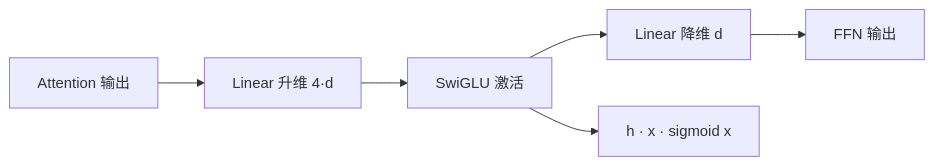
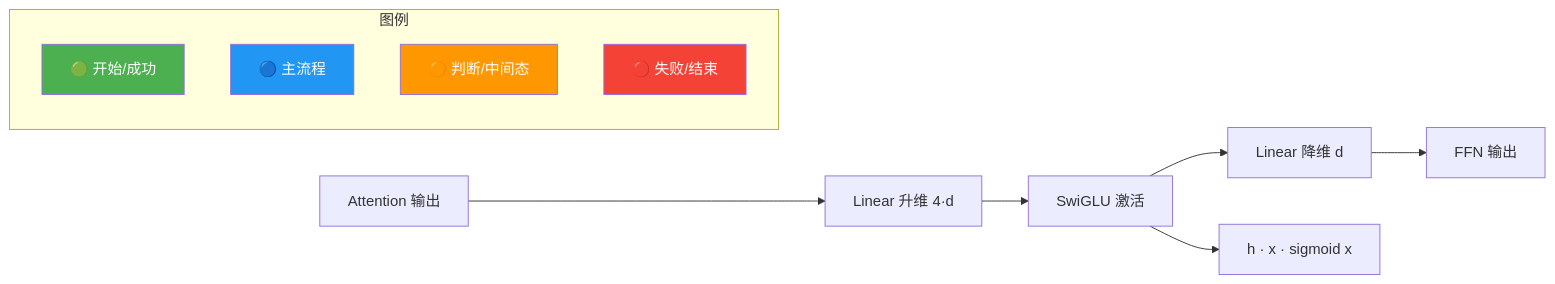
One commit to SunArthur86/interview-2026 changed the diagram in questions/llm-core/llm-060.md. Above: the diagram before and after it, drawn with Mermaid. The commit also changed other lines of this file and 3180 other files, not shown here.

First line of the commit message:
Mermaid颜色增强99% + 面试频率分类(高频1571/中频1115/低频461)

````diff
--- a/questions/llm-core/llm-060.md
+++ b/questions/llm-core/llm-060.md
@@ -86,8 +87,34 @@
 ```mermaid
 flowchart LR
+    classDef start fill:#4CAF50,color:#fff
+    classDef process fill:#2196F3,color:#fff
+    classDef decision fill:#FF9800,color:#fff
+    classDef special fill:#9C27B0,color:#fff
+    classDef error fill:#f44336,color:#fff
+    classDef info fill:#607D8B,color:#fff
+    class A start
+    class Attention process
+    class B decision
+    class C special
+    class C1 error
+    class D info
+    class E start
+    class FFN process
+    class Linear decision
+    class SwiGLU special
+    class d error
+    class h info
+    class sigmoid start
+    class x process
     A[Attention 输出] --> B[Linear 升维 4·d]
     B --> C[SwiGLU 激活]
     C --> D[Linear 降维 d]
     D --> E[FFN 输出]
     C --> C1[h · x · sigmoid x]
+    subgraph Legend["图例"]
+        L1["🟢 开始/成功"]:::start
+        L2["🔵 主流程"]:::process
+        L3["🟠 判断/中间态"]:::decision
+        L4["🔴 失败/结束"]:::error
+    end
 ```
````
